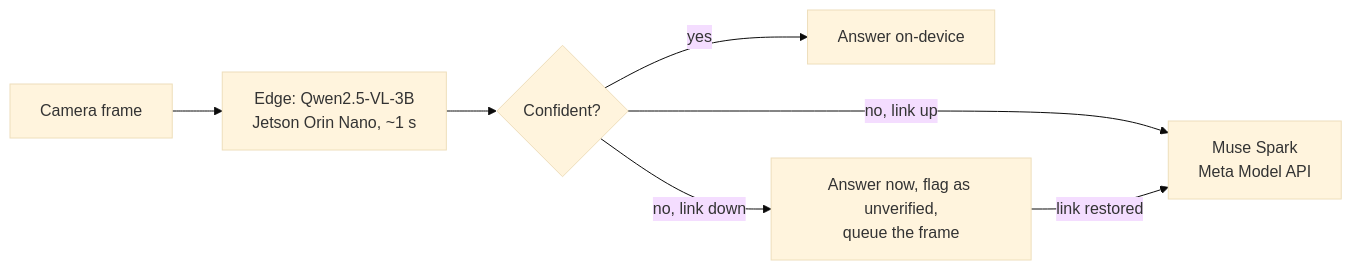
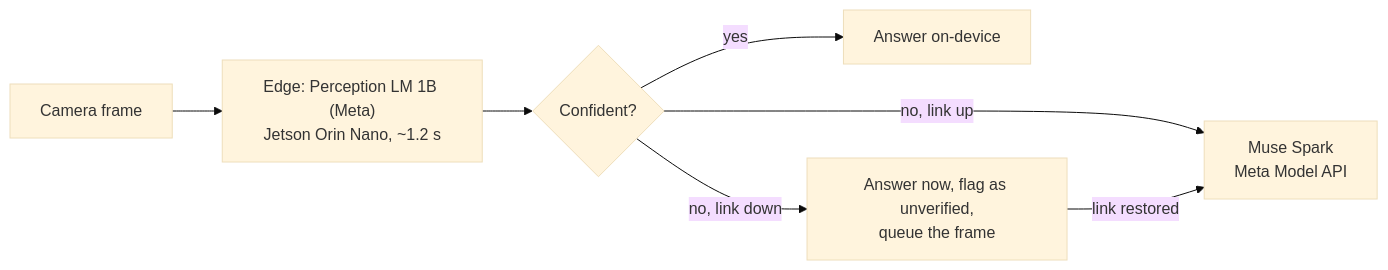
Before and after one commit to TejasD-web/edge-confidence-router: the diagram in README.md, drawn with Mermaid (base theme). The commit also changed other lines of this file and 1 other file, not shown here.

Commit message:
README and requirements for Perception LM 1B; Qwen kept only as a labelled earlier comparison

````diff
--- a/README.md
+++ b/README.md
@@ -15,9 +15,9 @@
 ```mermaid
 flowchart LR
-    A[Camera frame] --> B["Edge: Qwen2.5-VL-3B<br/>Jetson Orin Nano, ~1 s"]
+    A[Camera frame] --> B["Edge: Perception LM 1B (Meta)<br/>Jetson Orin Nano, ~1.2 s"]
     B --> C{"Confident?"}
     C -- yes --> D[Answer on-device]
     C -- "no, link up" --> E["Muse Spark<br/>Meta Model API"]
     C -- "no, link down" --> F["Answer now, flag as unverified,<br/>queue the frame"]
     F -- link restored --> E
 ```
````
